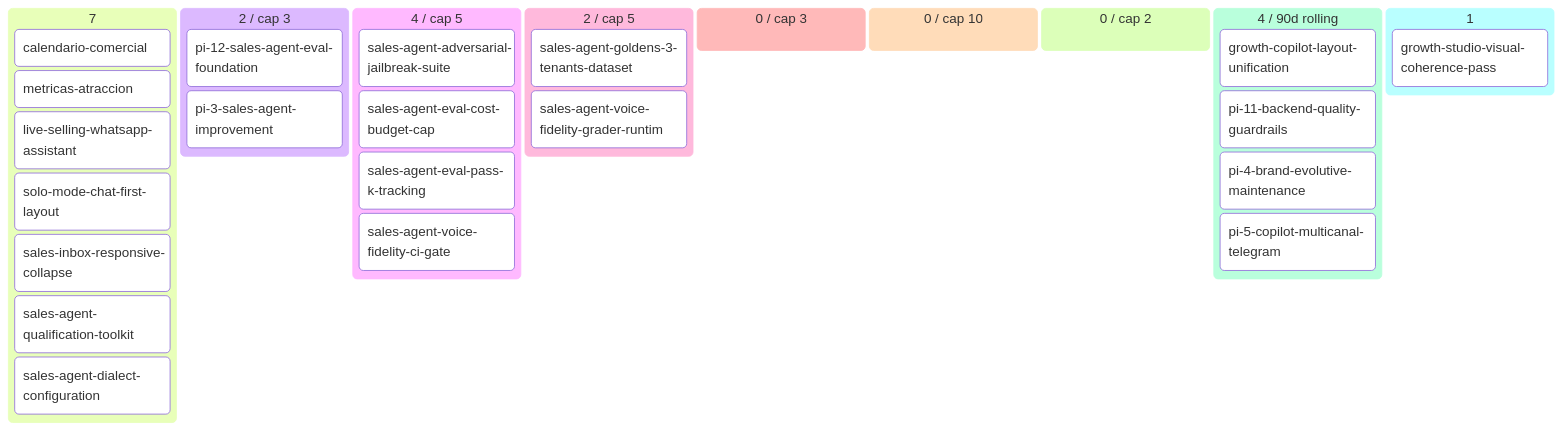
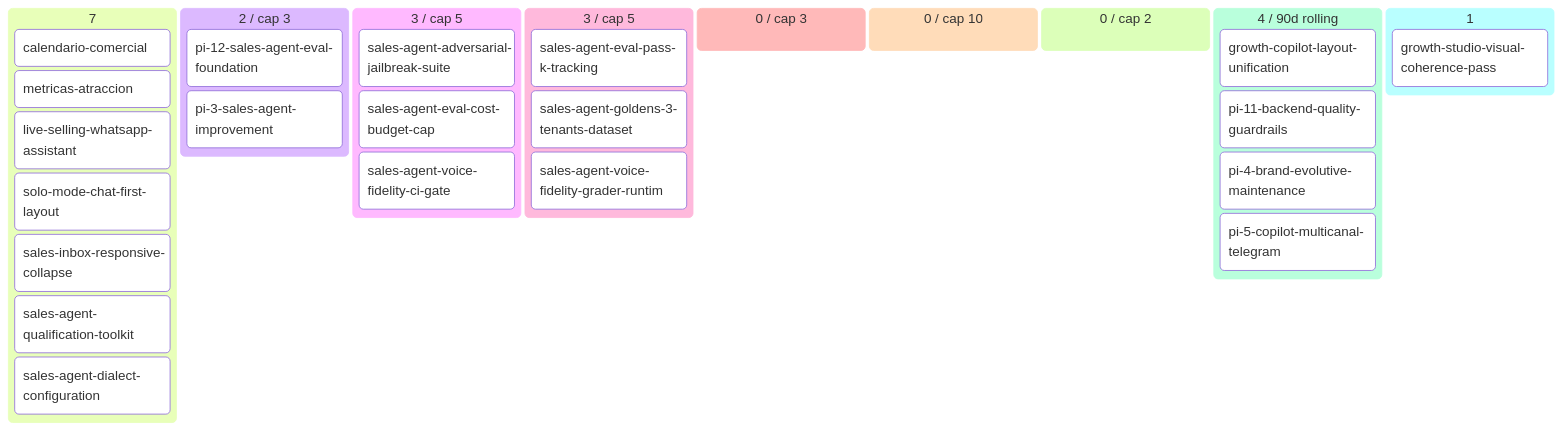
One commit to alpacapurpura/ap_sales_agent changed the diagram in docs/product/BACKLOG.md. Above: the diagram before and after it, drawn with Mermaid. The commit also changed other lines of this file and 6 other files, not shown here.

First line of the commit message:
feat(eval-pass-k): /architect ready package Story F

````diff
--- a/docs/product/BACKLOG.md
+++ b/docs/product/BACKLOG.md
@@ -56,32 +56,32 @@
 ```mermaid
 kanban
   💡 Ideas (7)
     calendario-comercial[calendario-comercial]
     metricas-atraccion[metricas-atraccion]
     live-selling-whatsapp-assistan[live-selling-whatsapp-assistant]
     solo-mode-chat-first-layout[solo-mode-chat-first-layout]
     sales-inbox-responsive-collaps[sales-inbox-responsive-collapse]
     sales-agent-qualification-tool[sales-agent-qualification-toolkit]
     sales-agent-dialect-configurat[sales-agent-dialect-configuration]
   🔬 Refining (2 / cap 3)
     pi-12-sales-agent-eval-foundat[pi-12-sales-agent-eval-foundation]
     pi-3-sales-agent-improvement[pi-3-sales-agent-improvement]
-  ✅ Refined (4 / cap 5)
+  ✅ Refined (3 / cap 5)
     sales-agent-adversarial-jailbr[sales-agent-adversarial-jailbreak-suite]
     sales-agent-eval-cost-budget-c[sales-agent-eval-cost-budget-cap]
+    sales-agent-voice-fidelity-ci-[sales-agent-voice-fidelity-ci-gate]
+  📦 Ready (3 / cap 5)
     sales-agent-eval-pass-k-tracki[sales-agent-eval-pass-k-tracking]
-    sales-agent-voice-fidelity-ci-[sales-agent-voice-fidelity-ci-gate]
-  📦 Ready (2 / cap 5)
     sales-agent-goldens-3-tenants-[sales-agent-goldens-3-tenants-dataset]
     sales-agent-voice-fidelity-gra[sales-agent-voice-fidelity-grader-runtim]
   🔨 Developing (0 / cap 3)
   🧪 Developed (0 / cap 10)
   🔍 Reviewing (0 / cap 2)
   ✅ Done (4 / 90d rolling)
     growth-copilot-layout-unificat[growth-copilot-layout-unification]
     pi-11-backend-quality-guardrai[pi-11-backend-quality-guardrails]
     pi-4-brand-evolutive-maintenan[pi-4-brand-evolutive-maintenance]
     pi-5-copilot-multicanal-telegr[pi-5-copilot-multicanal-telegram]
   🅿 Parked (1)
     growth-studio-visual-coherence[growth-studio-visual-coherence-pass]
 ```
````
